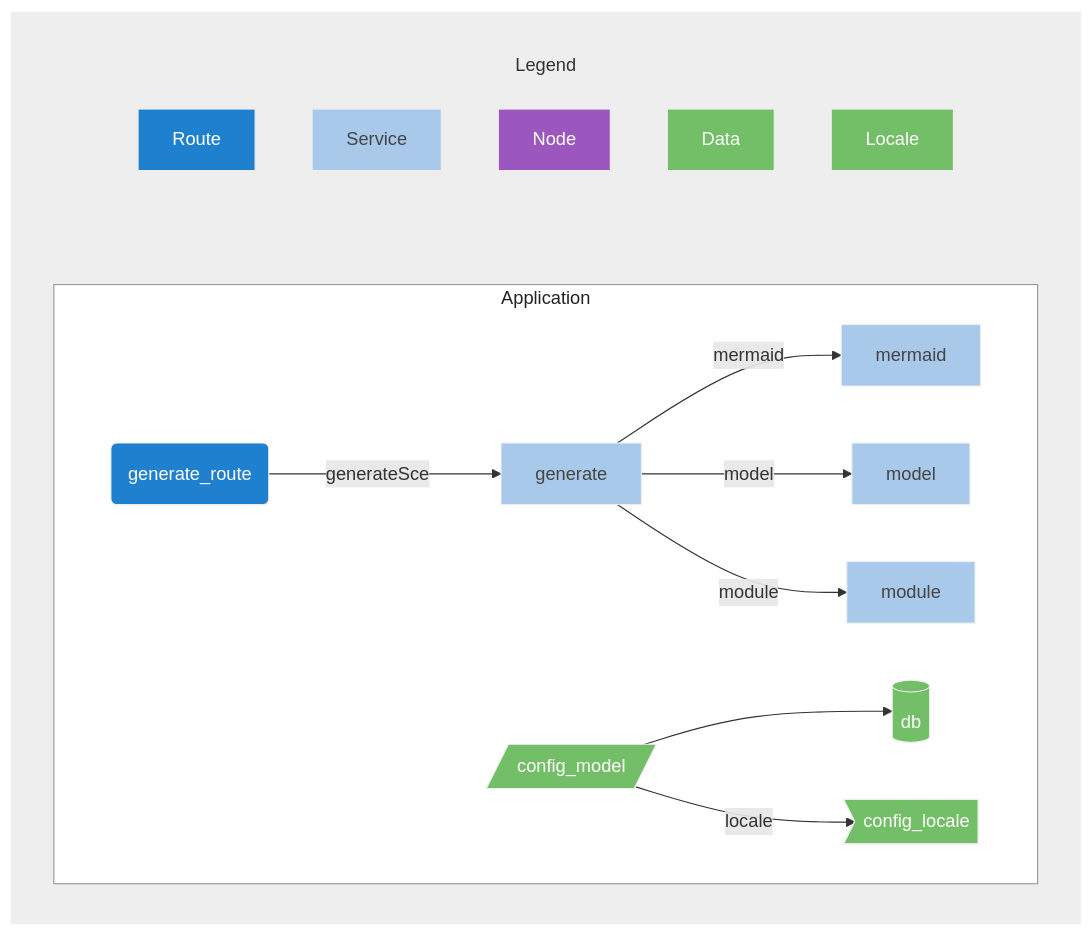
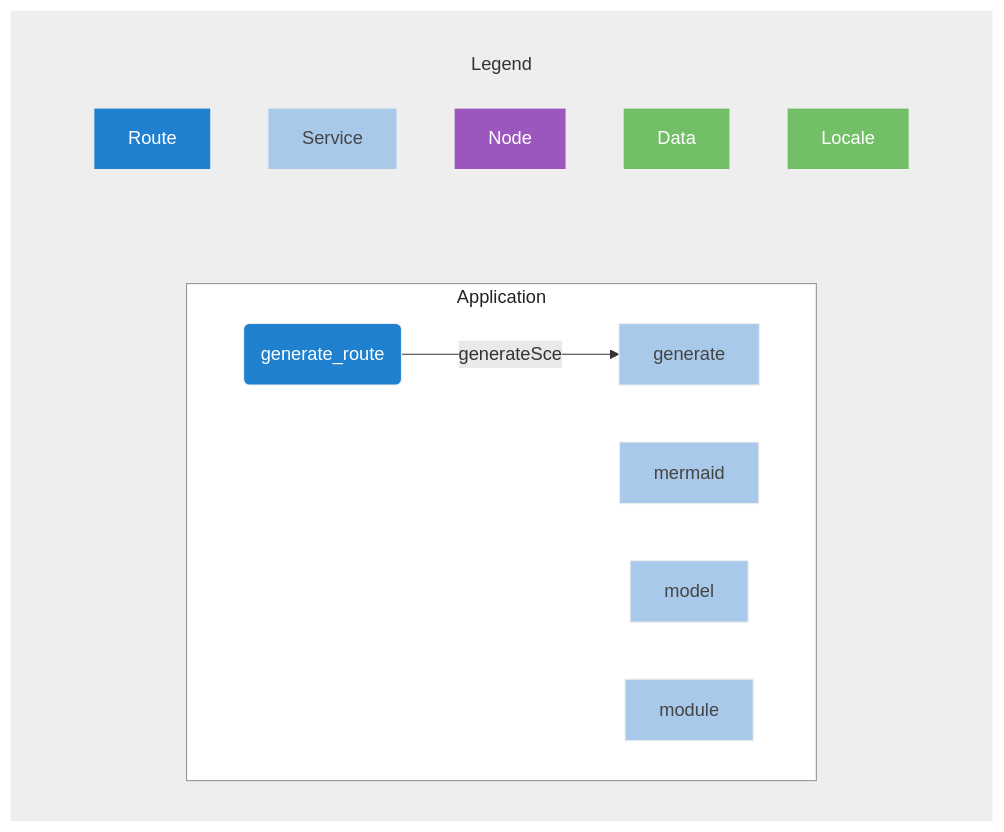
Before and after one commit to franck-yvetot/nxn-cli: the diagram in client_data/default/config_default.README.mmd, drawn with Mermaid. The commit also changed 3 other files, not shown here.

Commit message:
local mermaid doc for module

```diff
--- a/client_data/default/config_default.README.mmd
+++ b/client_data/default/config_default.README.mmd
@@ -1,43 +1,35 @@
 graph LR;
 subgraph main
     direction LR;
 
     subgraph Application
         direction LR;
         classDef nodeCls fill:#9C57BF,stroke:#eee,color:#fff
         classDef routeCls fill:#2080D0,stroke:#eee,color:#fff
         classDef nodCls fill:#9C57BF,stroke:#eee,color:#fff
         classDef serviceCls fill:#A9C9EB,stroke:#eee,color:#444
         classDef dataCls fill:#73BF67,stroke:#eee,color:#fff        
         classDef localeCls fill:#73BF67,stroke:#eee,color:#fff        
     generate_route("generate_route"):::routeCls
     generate_route -- generateSce -->generate;
-    db[("db")]:::dataCls
     mermaid["mermaid"]:::serviceCls
     model["model"]:::serviceCls
     generate["generate"]:::serviceCls
-    generate -- mermaid -->mermaid;
-    generate -- model -->model;
-    generate -- module -->module;
     module["module"]:::serviceCls
-    config_locale>"config_locale"]:::localeCls
-    config_model[/"config_model"/]:::dataCls
-    config_model --> db;
-    config_model -- locale -->config_locale;
 end
 
     subgraph Legend
         Route:::routeCls
         Service:::serviceCls
         Node:::nodCls
         Data:::dataCls
         Locale:::localeCls
     end
 
 end
 
 
 
 style Application fill:#fff,stroke:#999,color:#222
 style Legend fill:#eee,stroke:#eee,color:#333
 style main fill:#eee,stroke:#eee,color:#eee
```
